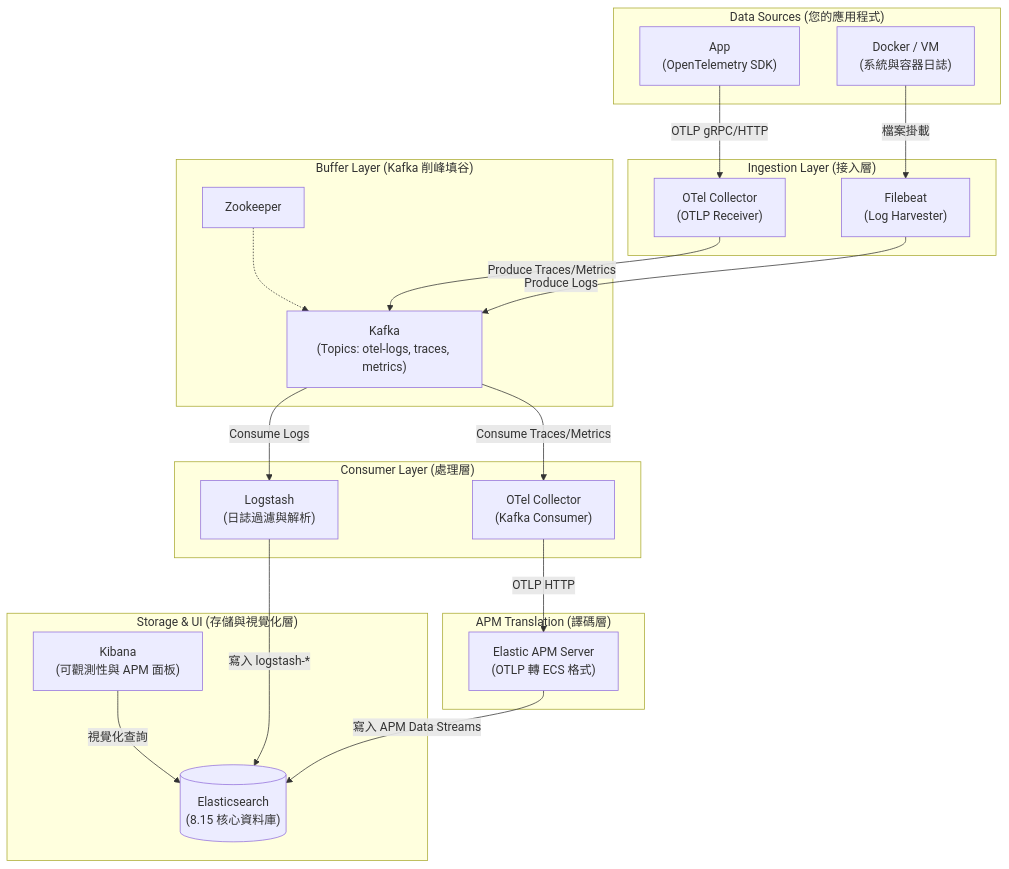
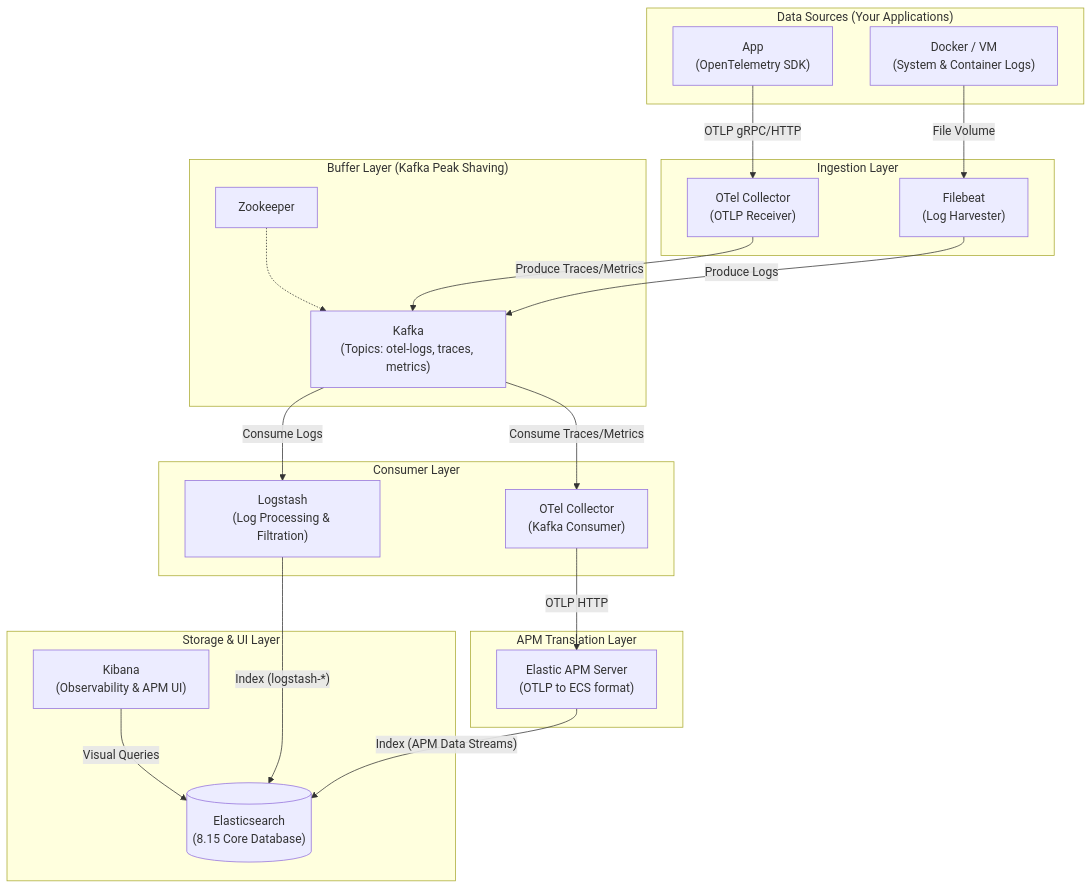
The diagram in README.md (JoblessKevin/elk-kafka-apm), drawn with Mermaid before and after one commit. The commit also changed other lines of this file and 2 other files, not shown here.

````diff
--- a/README.md
+++ b/README.md
@@ -9,49 +9,49 @@
 ```mermaid
 flowchart TD
     %% Define Groups
-    subgraph Clients["Data Sources (您的應用程式)"]
+    subgraph Clients["Data Sources (Your Applications)"]
         AppOTel["App\n(OpenTelemetry SDK)"]
-        DockerLogs["Docker / VM\n(系統與容器日誌)"]
+        DockerLogs["Docker / VM\n(System & Container Logs)"]
     end
 
-    subgraph Ingest["Ingestion Layer (接入層)"]
+    subgraph Ingest["Ingestion Layer"]
         OTelIngest["OTel Collector\n(OTLP Receiver)"]
         Filebeat["Filebeat\n(Log Harvester)"]
     end
 
-    subgraph Buffer["Buffer Layer (Kafka 削峰填谷)"]
+    subgraph Buffer["Buffer Layer (Kafka Peak Shaving)"]
         Kafka["Kafka\n(Topics: otel-logs, traces, metrics)"]
         Zookeeper["Zookeeper"]
         Zookeeper -.-> Kafka
     end
 
-    subgraph Consume["Consumer Layer (處理層)"]
-        Logstash["Logstash\n(日誌過濾與解析)"]
+    subgraph Consume["Consumer Layer"]
+        Logstash["Logstash\n(Log Processing & Filtration)"]
         OTelExport["OTel Collector\n(Kafka Consumer)"]
     end
 
-    subgraph Translate["APM Translation (譯碼層)"]
-        APMServer["Elastic APM Server\n(OTLP 轉 ECS 格式)"]
+    subgraph Translate["APM Translation Layer"]
+        APMServer["Elastic APM Server\n(OTLP to ECS format)"]
     end
 
-    subgraph Backend["Storage & UI (存儲與視覺化層)"]
-        Elasticsearch[("Elasticsearch\n(8.15 核心資料庫)")]
-        Kibana["Kibana\n(可觀測性與 APM 面板)"]
+    subgraph Backend["Storage & UI Layer"]
+        Elasticsearch[("Elasticsearch\n(8.15 Core Database)")]
+        Kibana["Kibana\n(Observability & APM UI)"]
     end
 
     %% Routing Flow
     AppOTel -- "OTLP gRPC/HTTP" --> OTelIngest
-    DockerLogs -- "檔案掛載" --> Filebeat
+    DockerLogs -- "File Volume" --> Filebeat
 
     OTelIngest -- "Produce Traces/Metrics" --> Kafka
     Filebeat -- "Produce Logs" --> Kafka
 
     Kafka -- "Consume Logs" --> Logstash
     Kafka -- "Consume Traces/Metrics" --> OTelExport
 
-    Logstash -- "寫入 logstash-*" --> Elasticsearch
+    Logstash -- "Index (logstash-*)" --> Elasticsearch
     OTelExport -- "OTLP HTTP" --> APMServer
-    APMServer -- "寫入 APM Data Streams" --> Elasticsearch
+    APMServer -- "Index (APM Data Streams)" --> Elasticsearch
 
-    Kibana -- "視覺化查詢" --> Elasticsearch
+    Kibana -- "Visual Queries" --> Elasticsearch
 ```
````
